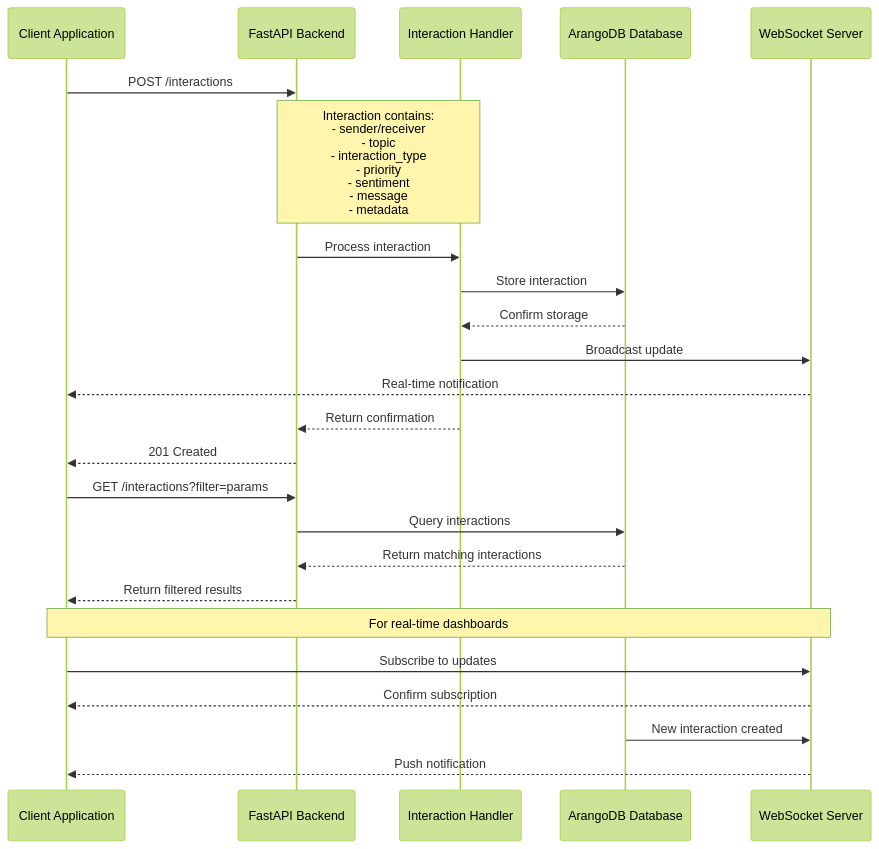
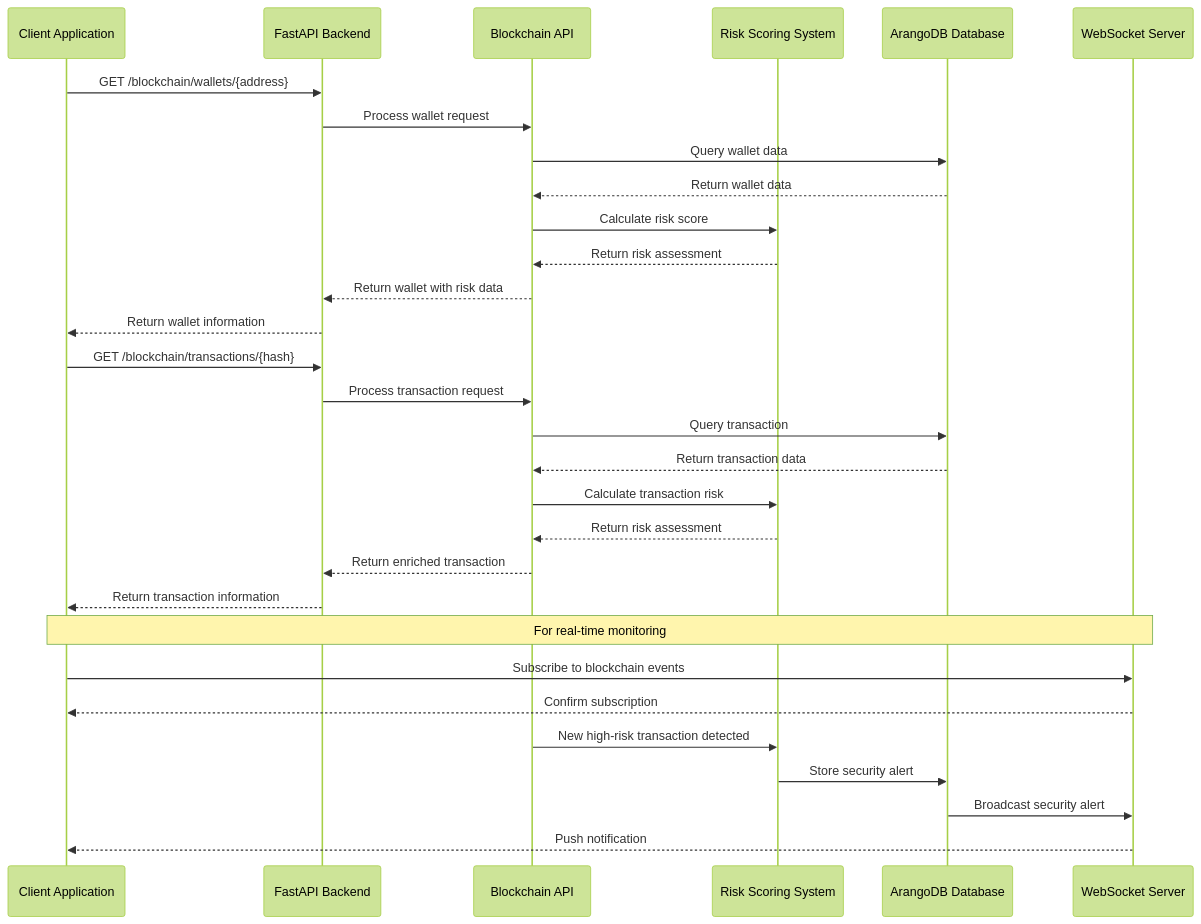
Before and after one commit to JtPerez-Acle/NeuroSpark: the third of 7 diagrams in README.md, drawn with Mermaid (forest theme). The commit also changed other lines of this file and 67 other files, not shown here.

````diff
--- a/README.md
+++ b/README.md
@@ -204,30 +309,35 @@
 ```mermaid
 sequenceDiagram
     participant Client as Client Application
     participant API as FastAPI Backend
-    participant Handler as Interaction Handler
+    participant BlockchainAPI as Blockchain API
+    participant RiskSystem as Risk Scoring System
     participant DB as ArangoDB Database
     participant WS as WebSocket Server
     
-    Client->>API: POST /interactions
-    Note over API,Handler: Interaction contains:<br>- sender/receiver<br>- topic<br>- interaction_type<br>- priority<br>- sentiment<br>- message<br>- metadata
+    Client->>API: GET /blockchain/wallets/{address}
+    API->>BlockchainAPI: Process wallet request
+    BlockchainAPI->>DB: Query wallet data
+    DB-->>BlockchainAPI: Return wallet data
+    BlockchainAPI->>RiskSystem: Calculate risk score
+    RiskSystem-->>BlockchainAPI: Return risk assessment
+    BlockchainAPI-->>API: Return wallet with risk data
+    API-->>Client: Return wallet information
     
-    API->>Handler: Process interaction
-    Handler->>DB: Store interaction
-    DB-->>Handler: Confirm storage
-    Handler->>WS: Broadcast update
-    WS-->>Client: Real-time notification
-    Handler-->>API: Return confirmation
-    API-->>Client: 201 Created
+    Client->>API: GET /blockchain/transactions/{hash}
+    API->>BlockchainAPI: Process transaction request
+    BlockchainAPI->>DB: Query transaction
+    DB-->>BlockchainAPI: Return transaction data
+    BlockchainAPI->>RiskSystem: Calculate transaction risk
+    RiskSystem-->>BlockchainAPI: Return risk assessment
+    BlockchainAPI-->>API: Return enriched transaction
+    API-->>Client: Return transaction information
     
-    Client->>API: GET /interactions?filter=params
-    API->>DB: Query interactions
-    DB-->>API: Return matching interactions
-    API-->>Client: Return filtered results
-    
-    Note over Client,WS: For real-time dashboards
-    Client->>WS: Subscribe to updates
+    Note over Client,WS: For real-time monitoring
+    Client->>WS: Subscribe to blockchain events
     WS-->>Client: Confirm subscription
-    DB->>WS: New interaction created
+    BlockchainAPI->>RiskSystem: New high-risk transaction detected
+    RiskSystem->>DB: Store security alert
+    DB->>WS: Broadcast security alert
     WS-->>Client: Push notification
 ```
````
